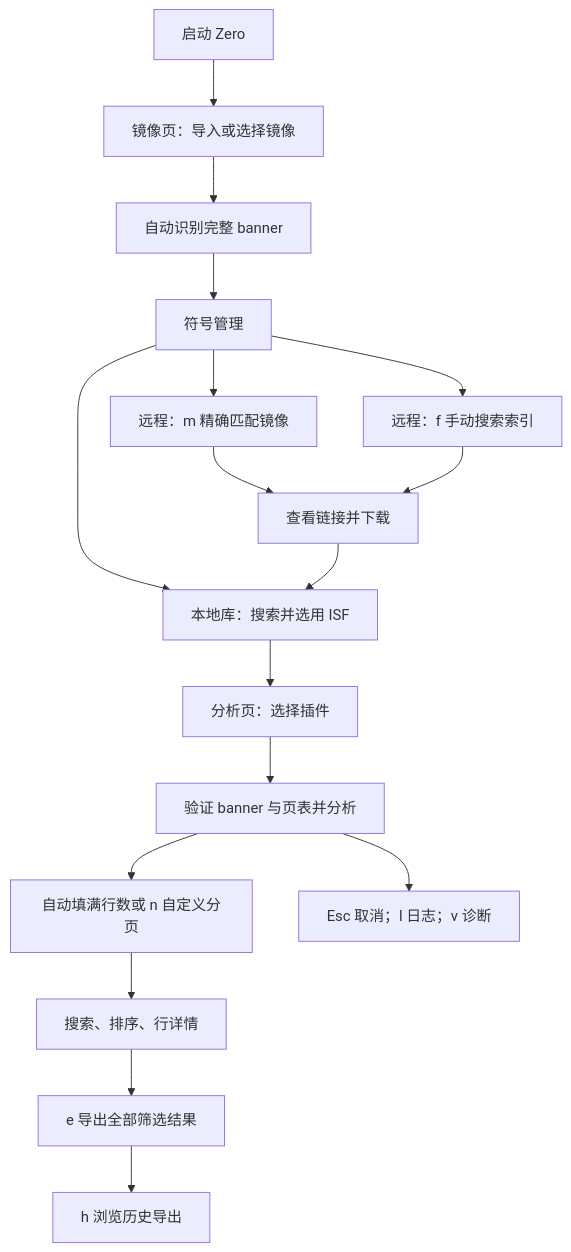
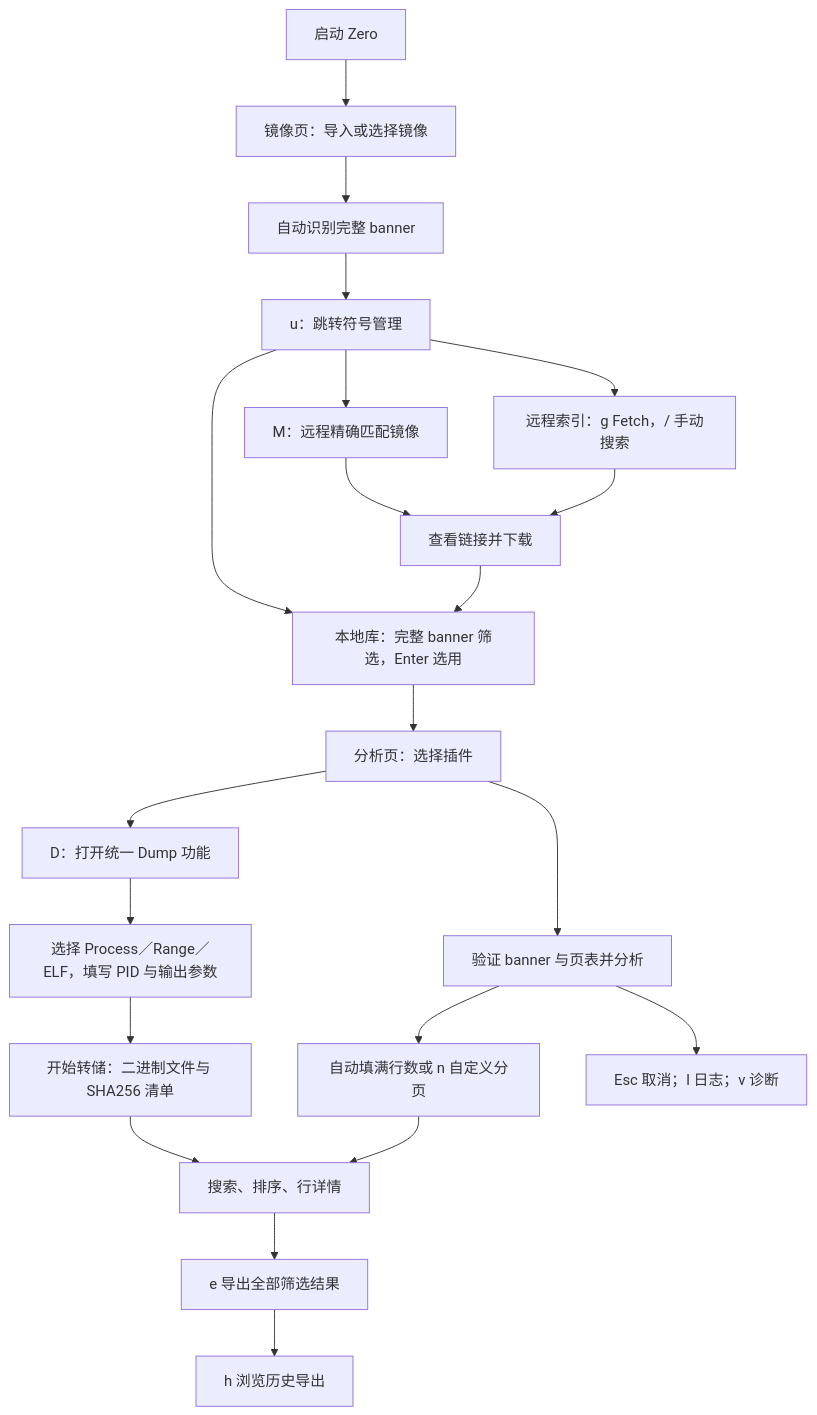
Before and after one commit to Sunmedalia/Zero: the diagram in README.md, drawn with Mermaid. The commit also changed other lines of this file and 14 other files, not shown here.

````diff
--- a/README.md
+++ b/README.md
@@ -23,19 +23,23 @@
 ```mermaid
 flowchart TD
     A[启动 Zero] --> B[镜像页：导入或选择镜像]
     B --> C[自动识别完整 banner]
-    C --> D[符号管理]
-    D --> E[本地库：搜索并选用 ISF]
-    D --> F[远程：m 精确匹配镜像]
-    D --> G[远程：f 手动搜索索引]
+    C --> D[u：跳转符号管理]
+    D --> E[本地库：完整 banner 筛选，Enter 选用]
+    D --> F[M：远程精确匹配镜像]
+    D --> G[远程索引：g Fetch，/ 手动搜索]
     F --> H[查看链接并下载]
     G --> H
     H --> E
     E --> I[分析页：选择插件]
     I --> J[验证 banner 与页表并分析]
+    I --> P[D：打开统一 Dump 功能]
+    P --> Q[选择 Process／Range／ELF，填写 PID 与输出参数]
+    Q --> R[开始转储：二进制文件与 SHA256 清单]
+    R --> L
     J --> K[自动填满行数或 n 自定义分页]
     K --> L[搜索、排序、行详情]
     L --> M[e 导出全部筛选结果]
     M --> N[h 浏览历史导出]
     J --> O[Esc 取消；l 日志；v 诊断]
 ```
````
